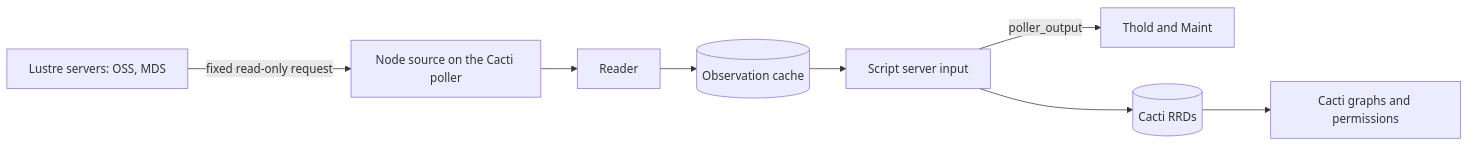
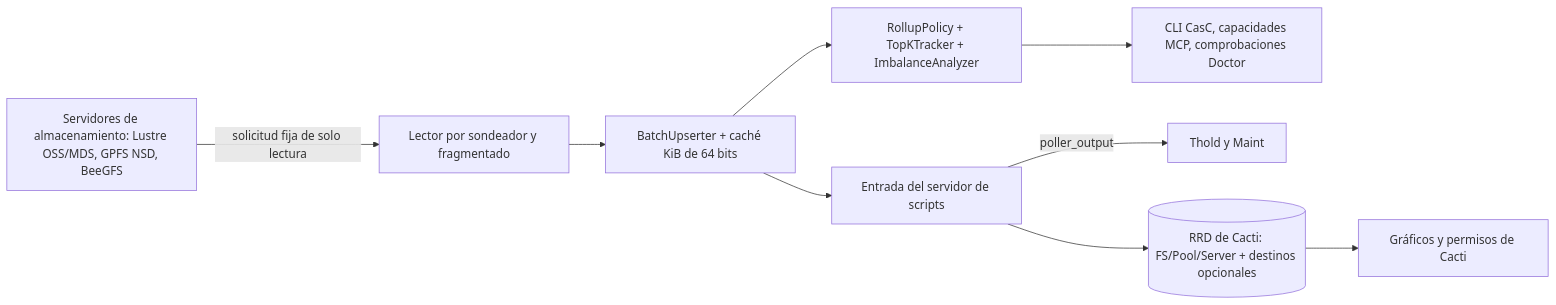
Before and after one commit to somethingwithproof/plugin_pfs: the diagram in docs/i18n/es-ES/README.md, drawn with Mermaid. The commit also changed other lines of this file and 47 other files, not shown here.

````diff
--- a/docs/i18n/es-ES/README.md
+++ b/docs/i18n/es-ES/README.md
@@ -70,10 +78,11 @@
 ```mermaid
 flowchart LR
-    N[Lustre servers: OSS, MDS] -->|fixed read-only request| S[Node source on the Cacti poller]
-    S --> R[Reader]
-    R --> C[(Observation cache)]
-    C --> SS[Script server input]
-    SS -->|poller_output| T[Thold and Maint]
-    SS --> RRD[(Cacti RRDs)]
-    RRD --> G[Cacti graphs and permissions]
+    N[Servidores de almacenamiento: Lustre OSS/MDS, GPFS NSD, BeeGFS] -->|solicitud fija de solo lectura| S[Lector por sondeador y fragmentado]
+    S --> B[BatchUpserter + caché KiB de 64 bits]
+    B --> R[RollupPolicy + TopKTracker + ImbalanceAnalyzer]
+    B --> SS[Entrada del servidor de scripts]
+    R --> ECO[CLI CasC, capacidades MCP, comprobaciones Doctor]
+    SS -->|poller_output| T[Thold y Maint]
+    SS --> RRD[(RRD de Cacti: FS/Pool/Server + destinos opcionales)]
+    RRD --> G[Gráficos y permisos de Cacti]
 ```
````
